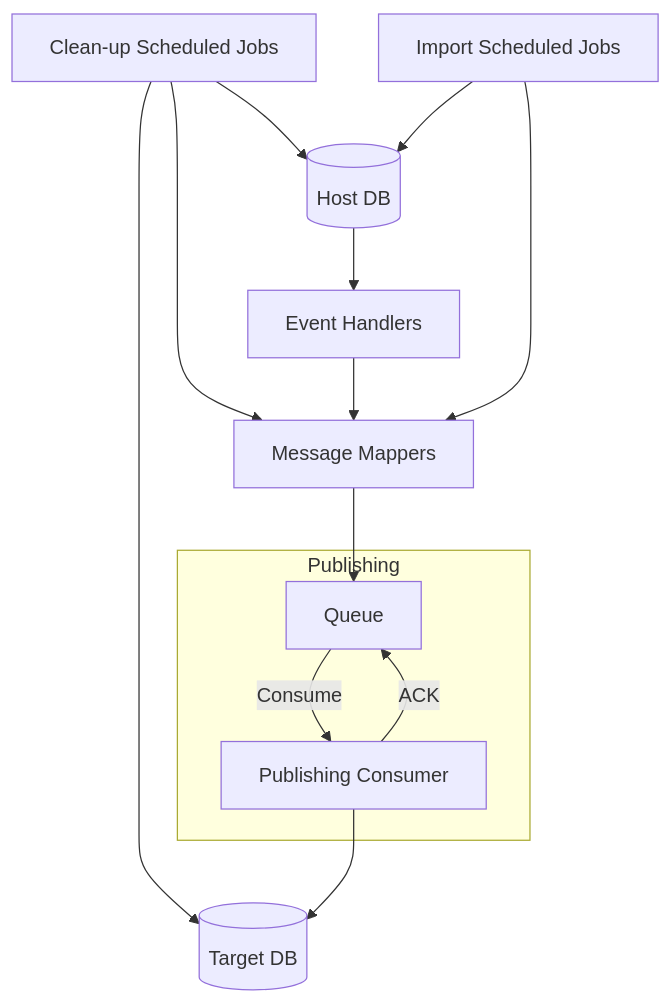
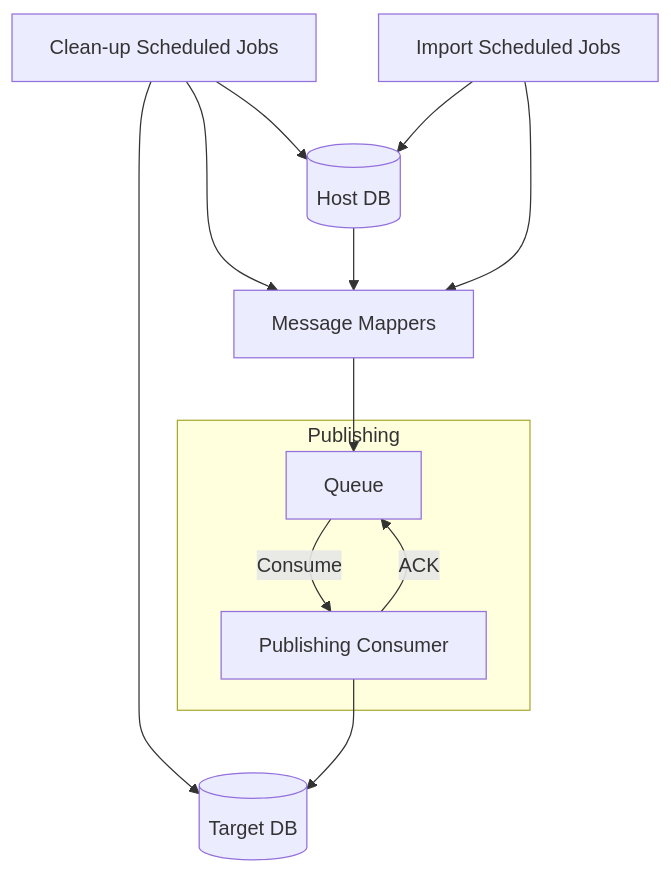
The diagram in README.md (SpecSamurai/Fides), drawn with Mermaid before and after one commit. The commit also changed other lines of this file, not shown here.

Commit message:
Clean-up README

````diff
--- a/README.md
+++ b/README.md
@@ -32,25 +29,23 @@
 ```mermaid
     flowchart TD;
         HostDB[(Host DB)]
         TargetDB[(Target DB)]
         ImportScheduledJobs[Import Scheduled Jobs]
         PublishingConsumer[Publishing Consumer]
         CleanUpScheduledJobs[Clean-up Scheduled Jobs]
-        EventHandlers[Event Handlers]
         MessageMappers[Message Mappers]
 
         subgraph Publishing
             Queue -- Consume --> PublishingConsumer -- ACK --> Queue
         end
 
         CleanUpScheduledJobs --> HostDB
         CleanUpScheduledJobs --> TargetDB & MessageMappers
 
-        HostDB --> EventHandlers
-        EventHandlers & ImportScheduledJobs --> MessageMappers
+        HostDB & ImportScheduledJobs --> MessageMappers
 
         ImportScheduledJobs --> HostDB
         MessageMappers --> Queue
         
         PublishingConsumer --> TargetDB
 ```
````
